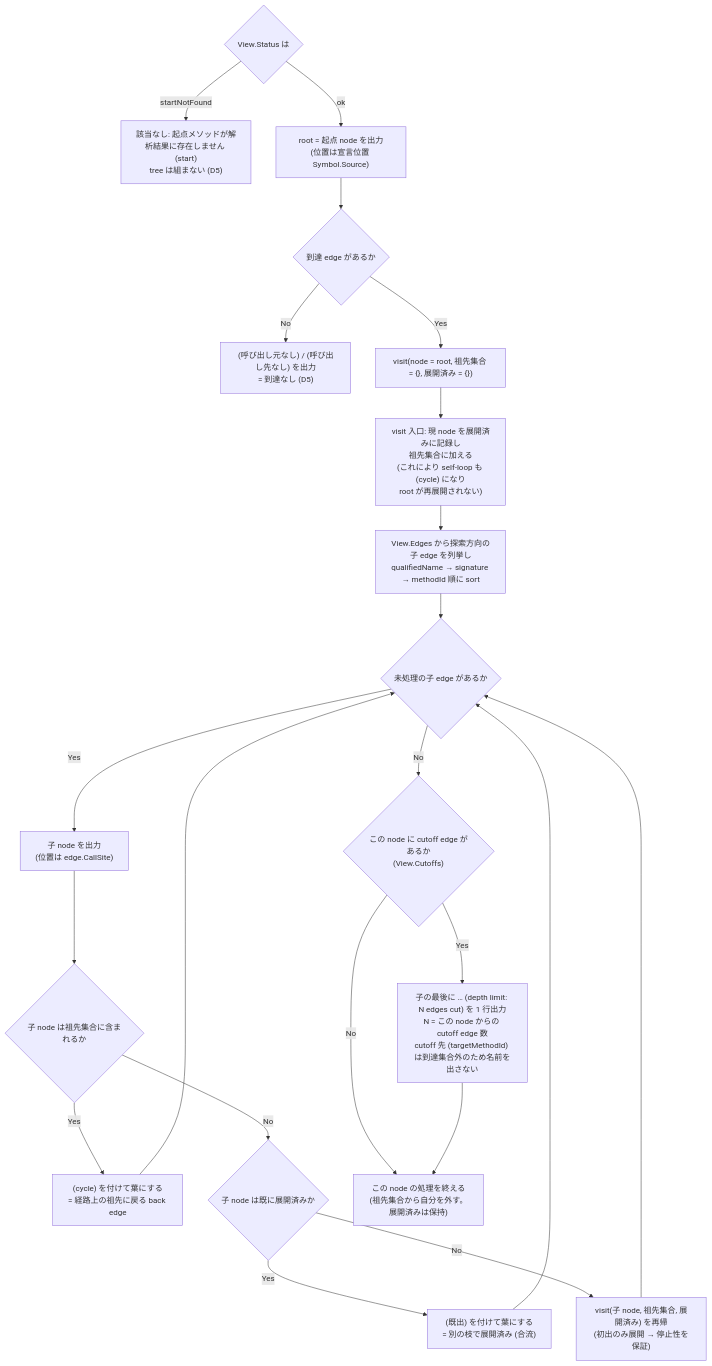
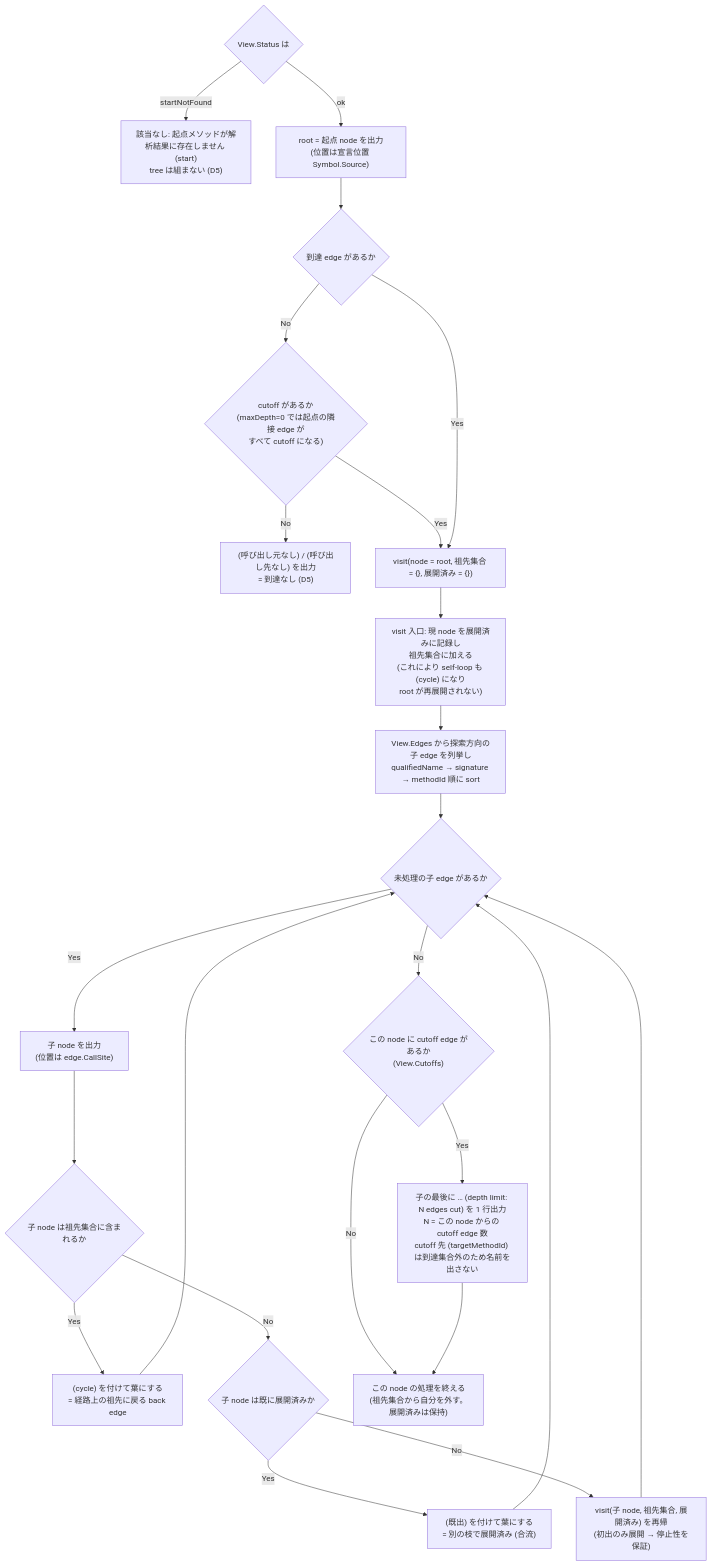
One commit to Fukuemon/depwalk changed the second of 3 diagrams in specs/7-output/index.md. Above: the diagram before and after it, drawn with Mermaid. The commit also changed other lines of this file and 1 other file, not shown here.

Commit message:
docs(spec): maxDepth=0 の誤出力を修正 (到達なし判定に cutoff を織り込み) #7

````diff
--- a/specs/7-output/index.md
+++ b/specs/7-output/index.md
@@ -631,24 +637,26 @@
 ```mermaid
 flowchart TD
     S{"View.Status は"} -- "startNotFound" --> S1["該当なし: 起点メソッドが解析結果に存在しません (start)<br/>tree は組まない (D5)"]
     S -- "ok" --> A["root = 起点 node を出力<br/>(位置は宣言位置 Symbol.Source)"]
     A --> A2{"到達 edge があるか"}
-    A2 -- "No" --> A3["(呼び出し元なし) / (呼び出し先なし) を出力<br/>= 到達なし (D5)"]
+    A2 -- "No" --> A4{"cutoff があるか<br/>(maxDepth=0 では起点の隣接 edge が<br/>すべて cutoff になる)"}
+    A4 -- "No" --> A3["(呼び出し元なし) / (呼び出し先なし) を出力<br/>= 到達なし (D5)"]
+    A4 -- "Yes" --> B
     A2 -- "Yes" --> B["visit(node = root, 祖先集合 = {}, 展開済み = {})"]
     B --> B2["visit 入口: 現 node を展開済みに記録し<br/>祖先集合に加える<br/>(これにより self-loop も (cycle) になり<br/>root が再展開されない)"]
     B2 --> C["View.Edges から探索方向の子 edge を列挙し<br/>qualifiedName → signature → methodId 順に sort"]
     C --> D{"未処理の子 edge があるか"}
     D -- "Yes" --> E["子 node を出力<br/>(位置は edge.CallSite)"]
     E --> F{"子 node は祖先集合に含まれるか"}
     F -- "Yes" --> G["(cycle) を付けて葉にする<br/>= 経路上の祖先に戻る back edge"]
     F -- "No" --> H{"子 node は既に展開済みか"}
     H -- "Yes" --> I["(既出) を付けて葉にする<br/>= 別の枝で展開済み (合流)"]
     H -- "No" --> J["visit(子 node, 祖先集合, 展開済み) を再帰<br/>(初出のみ展開 → 停止性を保証)"]
     G --> D
     I --> D
     J --> D
     D -- "No" --> K{"この node に cutoff edge があるか<br/>(View.Cutoffs)"}
     K -- "Yes" --> L["子の最後に … (depth limit: N edges cut) を 1 行出力<br/>N = この node からの cutoff edge 数<br/>cutoff 先 (targetMethodId) は到達集合外のため名前を出さない"]
     K -- "No" --> M["この node の処理を終える<br/>(祖先集合から自分を外す。展開済みは保持)"]
     L --> M
 ```
````
